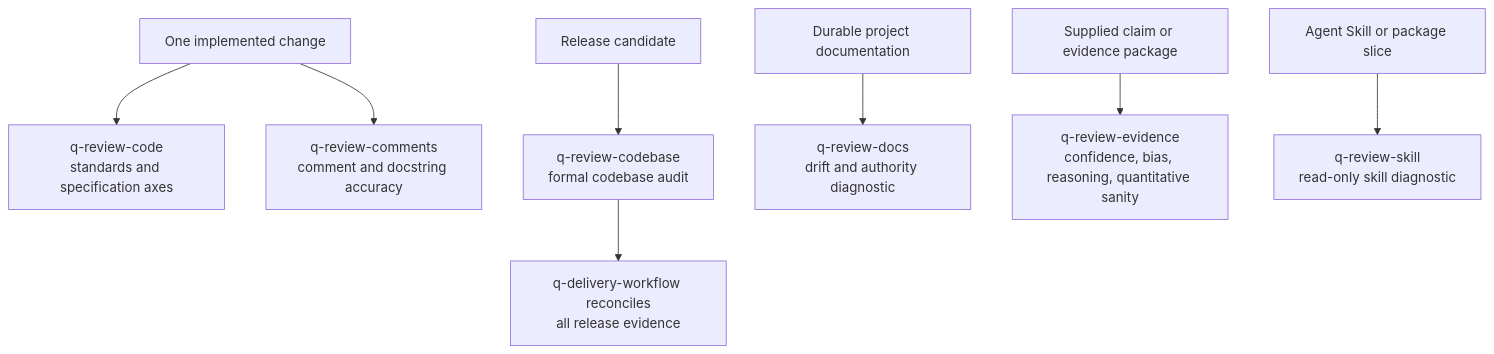
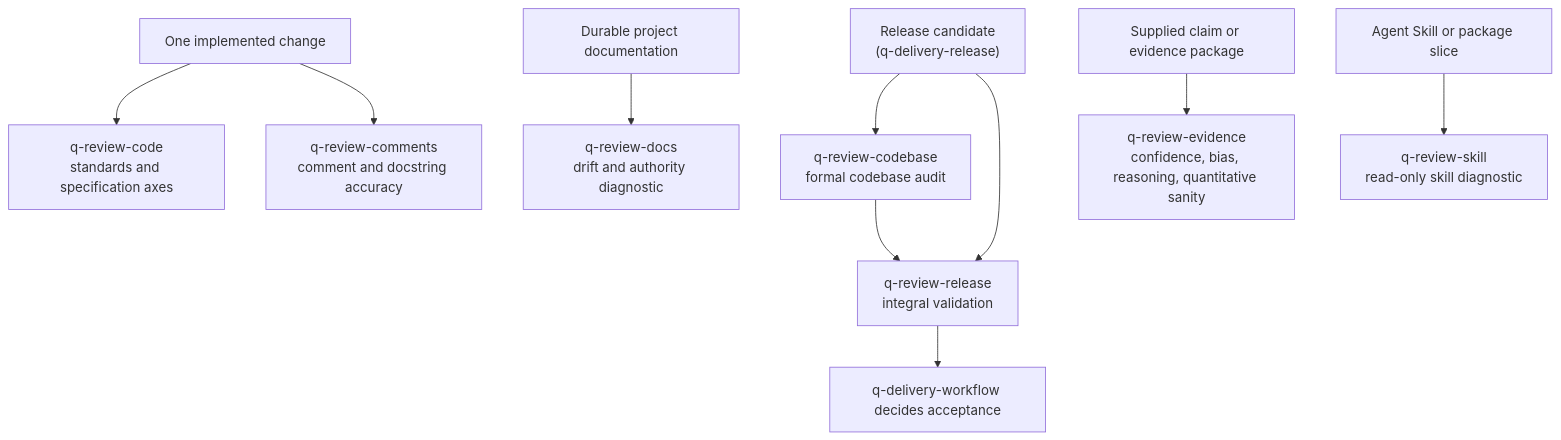
The diagram in skills/review/README.md (flaviogragnolati/ai-workflow), drawn with Mermaid before and after one commit. The commit also changed other lines of this file and 19 other files, not shown here.

Commit message:
Feat: close gap in delivery - release workflow

````diff
--- a/skills/review/README.md
+++ b/skills/review/README.md
@@ -9,10 +9,12 @@
 ```mermaid
 flowchart TB
     CH["One implemented change"] --> RC["q-review-code<br/>standards and specification axes"]
     CH --> RM["q-review-comments<br/>comment and docstring accuracy"]
-    REL["Release candidate"] --> RB["q-review-codebase<br/>formal codebase audit"]
-    RB --> DW["q-delivery-workflow reconciles<br/>all release evidence"]
+    REL["Release candidate<br/>(q-delivery-release)"] --> RB["q-review-codebase<br/>formal codebase audit"]
+    RB --> RR["q-review-release<br/>integral validation"]
+    REL --> RR
+    RR --> DW["q-delivery-workflow decides acceptance"]
     DOC["Durable project documentation"] --> RD["q-review-docs<br/>drift and authority diagnostic"]
     EV["Supplied claim or evidence package"] --> RE["q-review-evidence<br/>confidence, bias, reasoning, quantitative sanity"]
     SK["Agent Skill or package slice"] --> RS["q-review-skill<br/>read-only skill diagnostic"]
 ```
````
